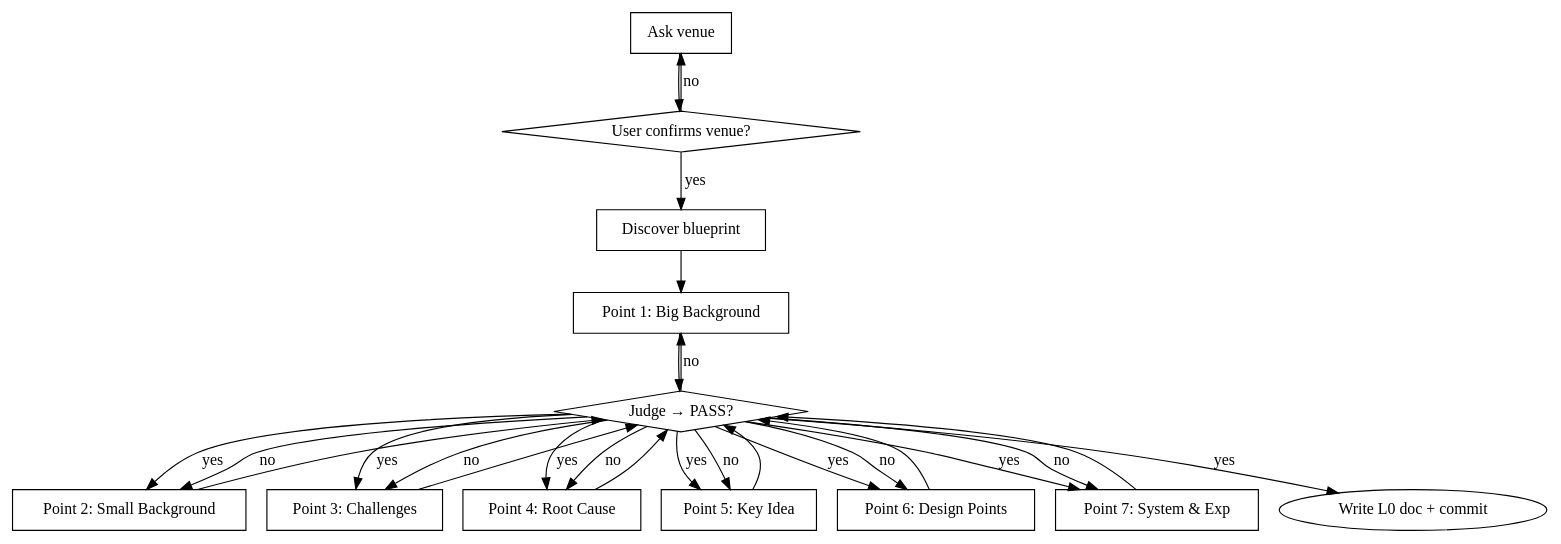
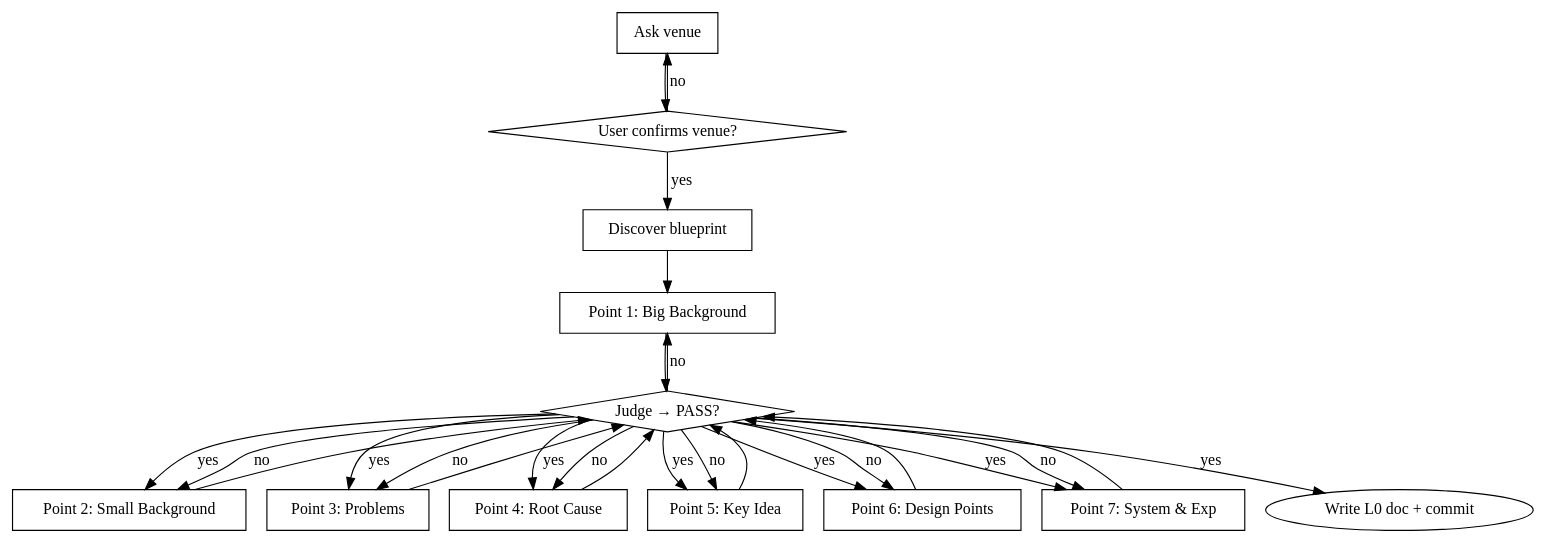
Before and after one commit to Deadpoolmine/systematic-research-skills: the diagram in skills/paper-writing/l0-core-idea.md, drawn with Graphviz. The commit also changed other lines of this file, not shown here.

Commit message:
refactor: rename Challenges to Problems throughout L0 for clarity

````diff
--- a/skills/paper-writing/l0-core-idea.md
+++ b/skills/paper-writing/l0-core-idea.md
@@ -48,49 +48,49 @@
 ```dot
 digraph l0_flow {
     rankdir=TB;
     "Ask venue" [shape=box];
     "User confirms venue?" [shape=diamond];
     "Discover blueprint" [shape=box];
     "Point 1: Big Background" [shape=box];
     "Judge → PASS?" [shape=diamond];
     "Point 2: Small Background" [shape=box];
     "Judge → PASS?" [shape=diamond];
-    "Point 3: Challenges" [shape=box];
+    "Point 3: Problems" [shape=box];
     "Judge → PASS?" [shape=diamond];
     "Point 4: Root Cause" [shape=box];
     "Judge → PASS?" [shape=diamond];
     "Point 5: Key Idea" [shape=box];
     "Judge → PASS?" [shape=diamond];
     "Point 6: Design Points" [shape=box];
     "Judge → PASS?" [shape=diamond];
     "Point 7: System & Exp" [shape=box];
     "Judge → PASS?" [shape=diamond];
     "Write L0 doc + commit" [shape=oval];
 
     "Ask venue" -> "User confirms venue?";
     "User confirms venue?" -> "Ask venue" [label="no"];
     "User confirms venue?" -> "Discover blueprint" [label="yes"];
     "Discover blueprint" -> "Point 1: Big Background";
     "Point 1: Big Background" -> "Judge → PASS?";
     "Judge → PASS?" -> "Point 1: Big Background" [label="no"];
     "Judge → PASS?" -> "Point 2: Small Background" [label="yes"];
     "Point 2: Small Background" -> "Judge → PASS?";
     "Judge → PASS?" -> "Point 2: Small Background" [label="no"];
-    "Judge → PASS?" -> "Point 3: Challenges" [label="yes"];
-    "Point 3: Challenges" -> "Judge → PASS?";
-    "Judge → PASS?" -> "Point 3: Challenges" [label="no"];
+    "Judge → PASS?" -> "Point 3: Problems" [label="yes"];
+    "Point 3: Problems" -> "Judge → PASS?";
+    "Judge → PASS?" -> "Point 3: Problems" [label="no"];
     "Judge → PASS?" -> "Point 4: Root Cause" [label="yes"];
     "Point 4: Root Cause" -> "Judge → PASS?";
     "Judge → PASS?" -> "Point 4: Root Cause" [label="no"];
     "Judge → PASS?" -> "Point 5: Key Idea" [label="yes"];
     "Point 5: Key Idea" -> "Judge → PASS?";
     "Judge → PASS?" -> "Point 5: Key Idea" [label="no"];
     "Judge → PASS?" -> "Point 6: Design Points" [label="yes"];
     "Point 6: Design Points" -> "Judge → PASS?";
     "Judge → PASS?" -> "Point 6: Design Points" [label="no"];
     "Judge → PASS?" -> "Point 7: System & Exp" [label="yes"];
     "Point 7: System & Exp" -> "Judge → PASS?";
     "Judge → PASS?" -> "Point 7: System & Exp" [label="no"];
     "Judge → PASS?" -> "Write L0 doc + commit" [label="yes"];
 }
 ```
````
